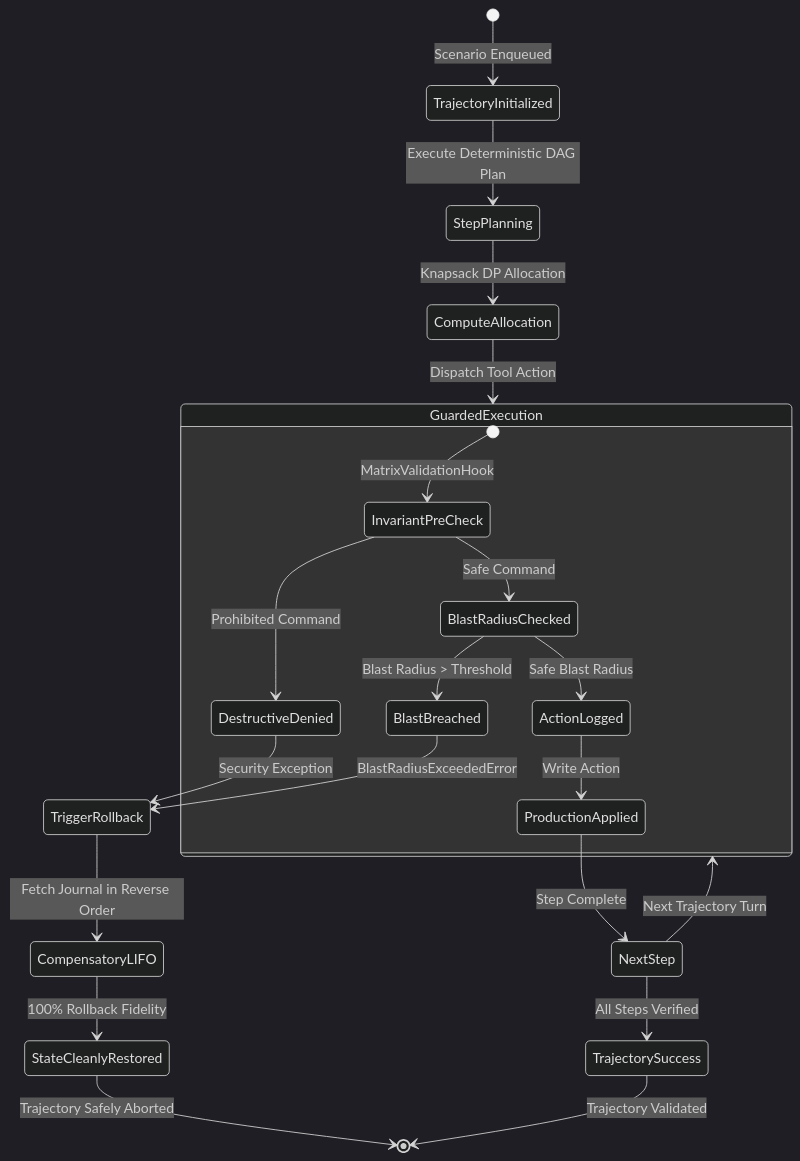
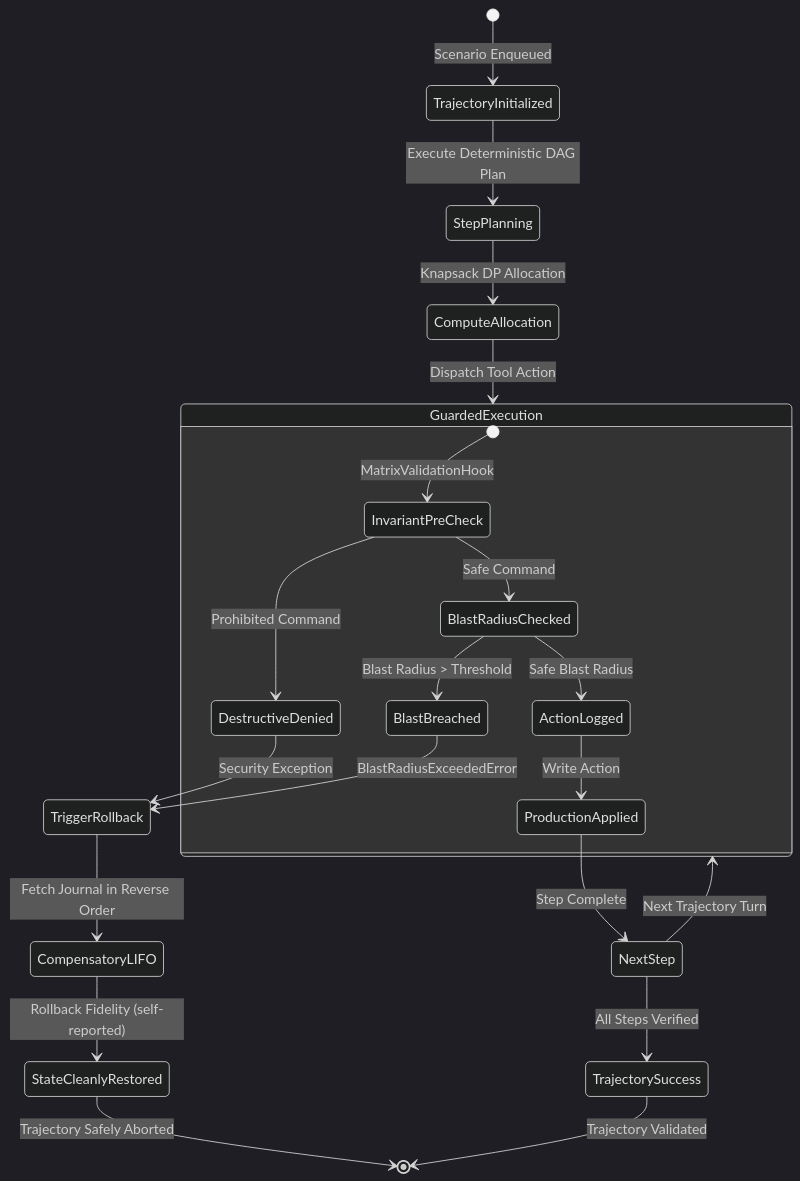
The third of 4 diagrams in README.md (AAH20/apex-deepagents-matrix), drawn with Mermaid (dark theme) before and after one commit. The commit also changed other lines of this file, not shown here.

````diff
--- a/README.md
+++ b/README.md
@@ -128,28 +130,28 @@
 ```mermaid
 stateDiagram-v2
     [*] --> TrajectoryInitialized: Scenario Enqueued
     TrajectoryInitialized --> StepPlanning: Execute Deterministic DAG Plan
     StepPlanning --> ComputeAllocation: Knapsack DP Allocation
     ComputeAllocation --> GuardedExecution: Dispatch Tool Action
 
     state GuardedExecution {
         [*] --> InvariantPreCheck: MatrixValidationHook
         InvariantPreCheck --> DestructiveDenied: Prohibited Command
         InvariantPreCheck --> BlastRadiusChecked: Safe Command
         BlastRadiusChecked --> BlastBreached: Blast Radius > Threshold
         BlastRadiusChecked --> ActionLogged: Safe Blast Radius
         ActionLogged --> ProductionApplied: Write Action
     }
 
     DestructiveDenied --> TriggerRollback: Security Exception
     BlastBreached --> TriggerRollback: BlastRadiusExceededError
     ProductionApplied --> NextStep: Step Complete
 
     NextStep --> GuardedExecution: Next Trajectory Turn
     NextStep --> TrajectorySuccess: All Steps Verified
 
     TriggerRollback --> CompensatoryLIFO: Fetch Journal in Reverse Order
-    CompensatoryLIFO --> StateCleanlyRestored: 100% Rollback Fidelity
+    CompensatoryLIFO --> StateCleanlyRestored: Rollback Fidelity (self-reported)
     StateCleanlyRestored --> [*]: Trajectory Safely Aborted
     TrajectorySuccess --> [*]: Trajectory Validated
 ```
````
